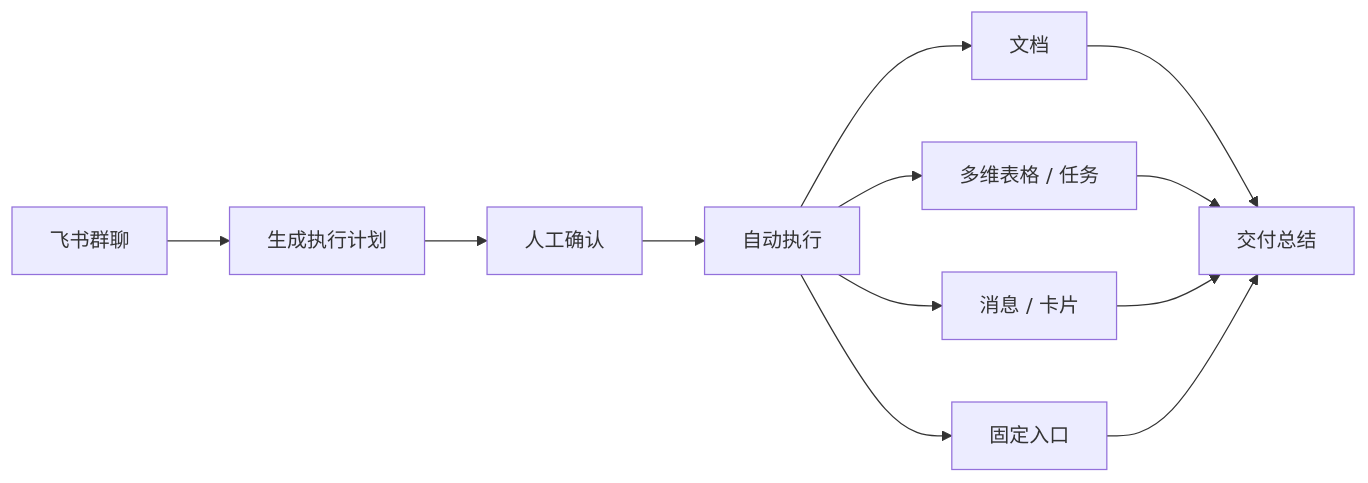
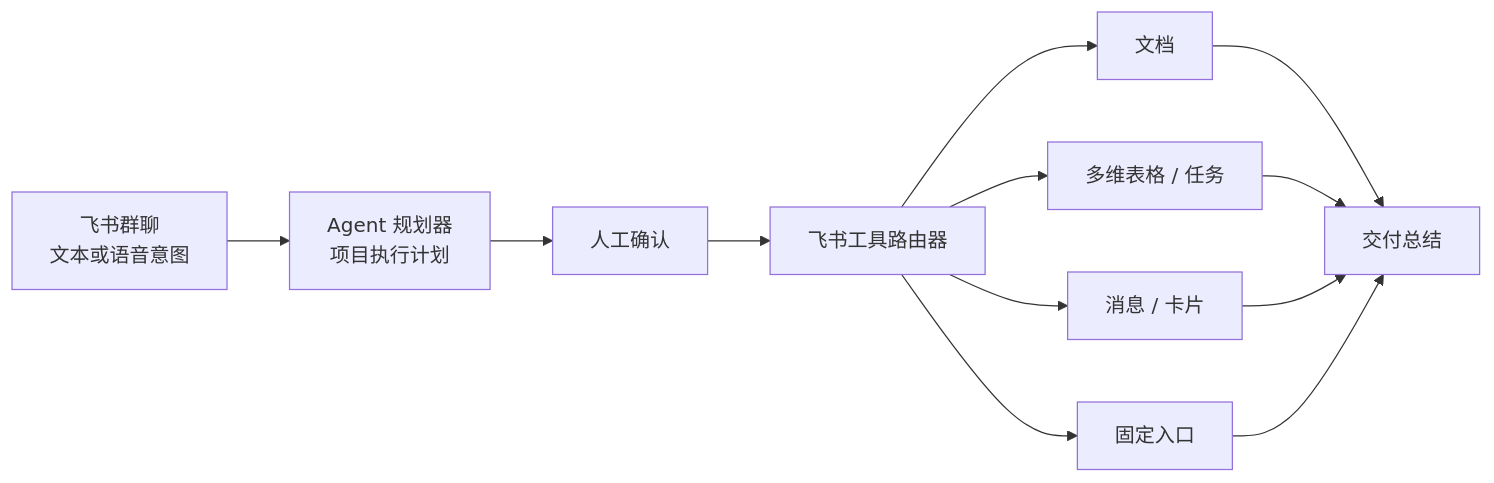
One commit to DeliciousBuding/pilot-flow changed the first of 2 diagrams in README.md. Above: the diagram before and after it, drawn with Mermaid. The commit also changed other lines of this file and 1 other file, not shown here.

First line of the commit message:
docs: restore product tone in README while keeping diagram fix

````diff
--- a/README.md
+++ b/README.md
@@ -53,14 +63,14 @@
 ```mermaid
 flowchart LR
-    A["飞书群聊"] --> B["生成执行计划"]
+    A["飞书群聊<br/>文本或语音意图"] --> B["Agent 规划器<br/>项目执行计划"]
     B --> C["人工确认"]
-    C --> D["自动执行"]
+    C --> D["飞书工具路由器"]
     D --> E["文档"]
     D --> F["多维表格 / 任务"]
     D --> G["消息 / 卡片"]
     D --> H["固定入口"]
     E --> I["交付总结"]
     F --> I
     G --> I
     H --> I
 ```
````
